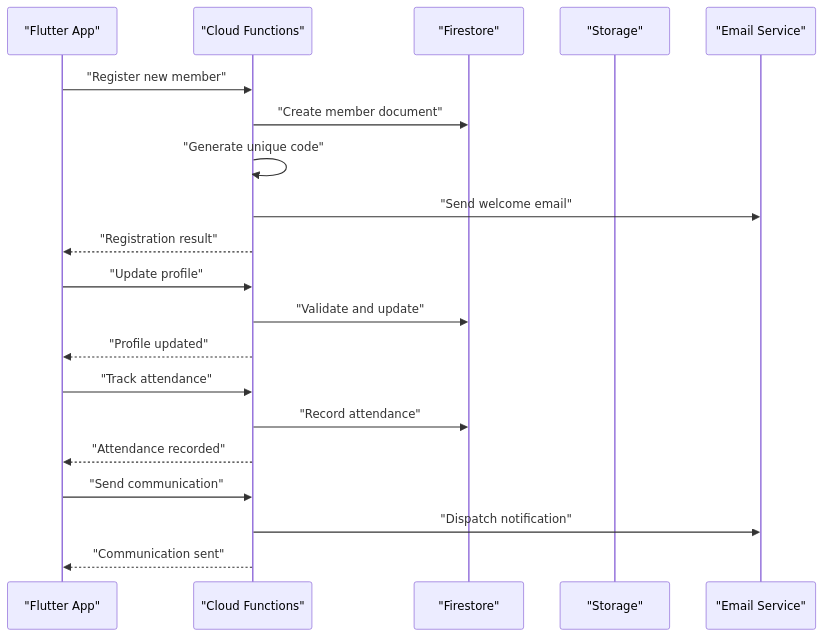
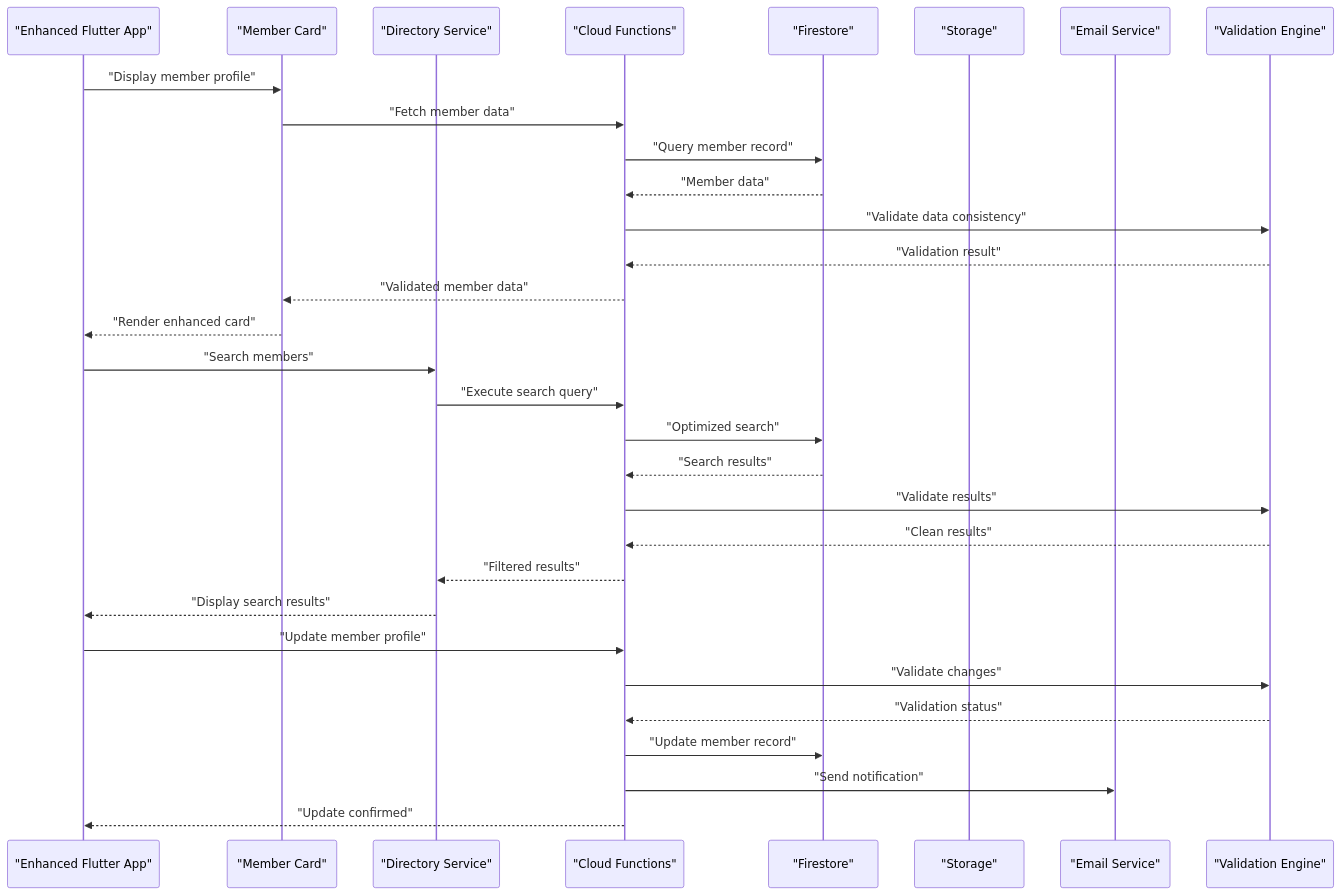
The second of 12 diagrams in .qoder/repowiki/en/content/Member Management/Member Management.md (raihom-netizen/com.gestaoyahwehios.app), drawn with Mermaid before and after one commit. The commit also changed other lines of this file and 161 other files, not shown here.

````diff
--- a/.qoder/repowiki/en/content/Member Management/Member Management.md
+++ b/.qoder/repowiki/en/content/Member Management/Member Management.md
@@ -121,22 +147,33 @@
 ```mermaid
 sequenceDiagram
-participant UI as "Flutter App"
+participant UI as "Enhanced Flutter App"
+participant Card as "Member Card"
+participant Dir as "Directory Service"
 participant API as "Cloud Functions"
 participant DB as "Firestore"
 participant Store as "Storage"
 participant Mail as "Email Service"
-UI->>API : "Register new member"
-API->>DB : "Create member document"
-API->>API : "Generate unique code"
-API->>Mail : "Send welcome email"
-API-->>UI : "Registration result"
-UI->>API : "Update profile"
-API->>DB : "Validate and update"
-API-->>UI : "Profile updated"
-UI->>API : "Track attendance"
-API->>DB : "Record attendance"
-API-->>UI : "Attendance recorded"
-UI->>API : "Send communication"
-API->>Mail : "Dispatch notification"
-API-->>UI : "Communication sent"
+participant Val as "Validation Engine"
+UI->>Card : "Display member profile"
+Card->>API : "Fetch member data"
+API->>DB : "Query member record"
+DB-->>API : "Member data"
+API->>Val : "Validate data consistency"
+Val-->>API : "Validation result"
+API-->>Card : "Validated member data"
+Card-->>UI : "Render enhanced card"
+UI->>Dir : "Search members"
+Dir->>API : "Execute search query"
+API->>DB : "Optimized search"
+DB-->>API : "Search results"
+API->>Val : "Validate results"
+Val-->>API : "Clean results"
+API-->>Dir : "Filtered results"
+Dir-->>UI : "Display search results"
+UI->>API : "Update member profile"
+API->>Val : "Validate changes"
+Val-->>API : "Validation status"
+API->>DB : "Update member record"
+API->>Mail : "Send notification"
+API-->>UI : "Update confirmed"
 ```
````
